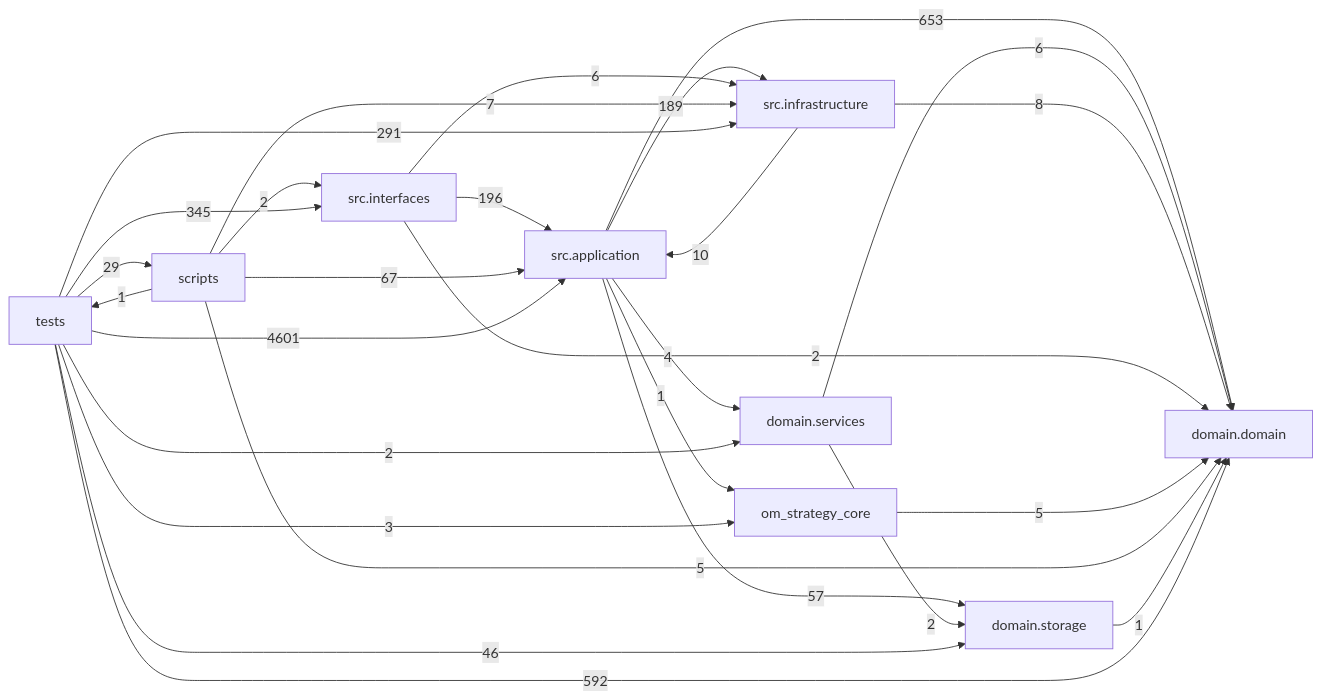
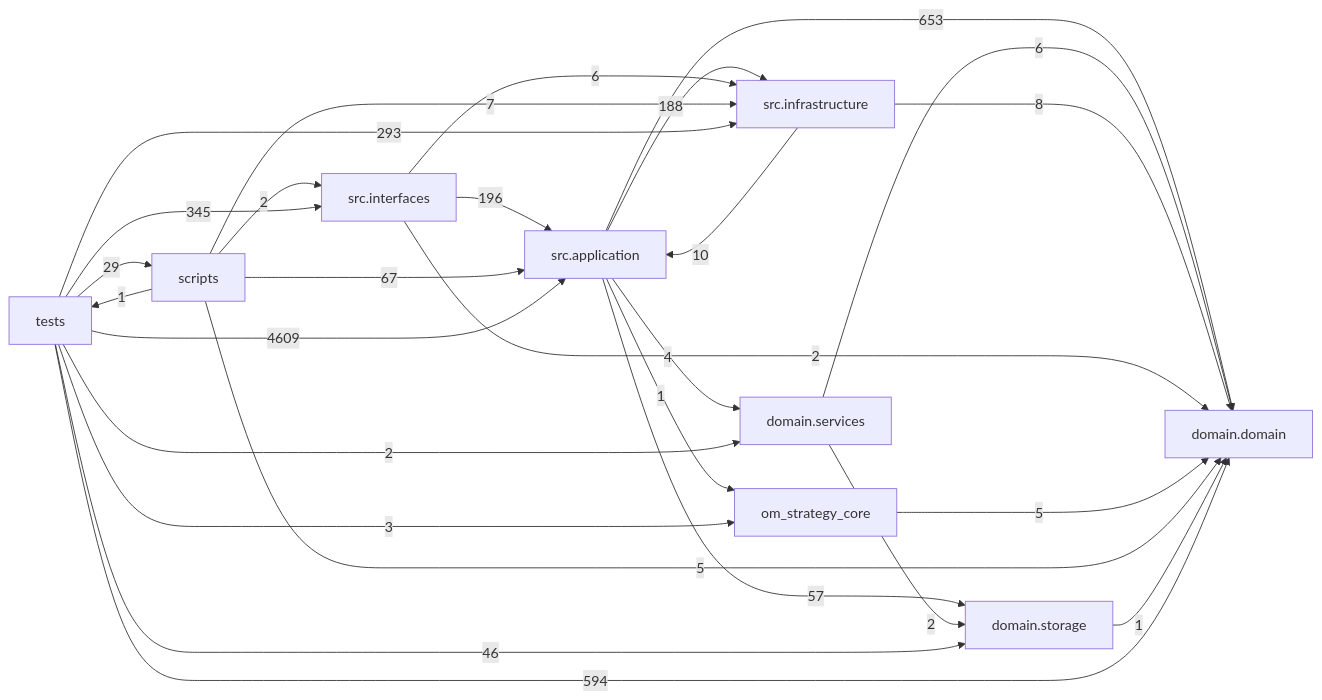
Before and after one commit to liuxie066/options-monitor: the diagram in docs/DEPENDENCY_GRAPH.md, drawn with Mermaid. The commit also changed other lines of this file and 9 other files, not shown here.

````diff
--- a/docs/DEPENDENCY_GRAPH.md
+++ b/docs/DEPENDENCY_GRAPH.md
@@ -24,38 +24,38 @@
 ```mermaid
 flowchart LR
   tests["tests"]
   scripts["scripts"]
   interfaces["src.interfaces"]
   application["src.application"]
   infrastructure["src.infrastructure"]
   domain_services["domain.services"]
   domain["domain.domain"]
   storage["domain.storage"]
   application -->|653| domain
   application -->|4| domain_services
-  application -->|189| infrastructure
+  application -->|188| infrastructure
   application -->|1| om_strategy_core
   application -->|57| storage
   domain_services -->|6| domain
   domain_services -->|2| storage
   infrastructure -->|10| application
   infrastructure -->|8| domain
   interfaces -->|196| application
   interfaces -->|2| domain
   interfaces -->|6| infrastructure
   om_strategy_core -->|5| domain
   scripts -->|67| application
   scripts -->|5| domain
   scripts -->|7| infrastructure
   scripts -->|2| interfaces
   scripts -->|1| tests
   storage -->|1| domain
-  tests -->|4601| application
-  tests -->|592| domain
+  tests -->|4609| application
+  tests -->|594| domain
   tests -->|2| domain_services
-  tests -->|291| infrastructure
+  tests -->|293| infrastructure
   tests -->|345| interfaces
   tests -->|3| om_strategy_core
   tests -->|29| scripts
   tests -->|46| storage
 ```
````
